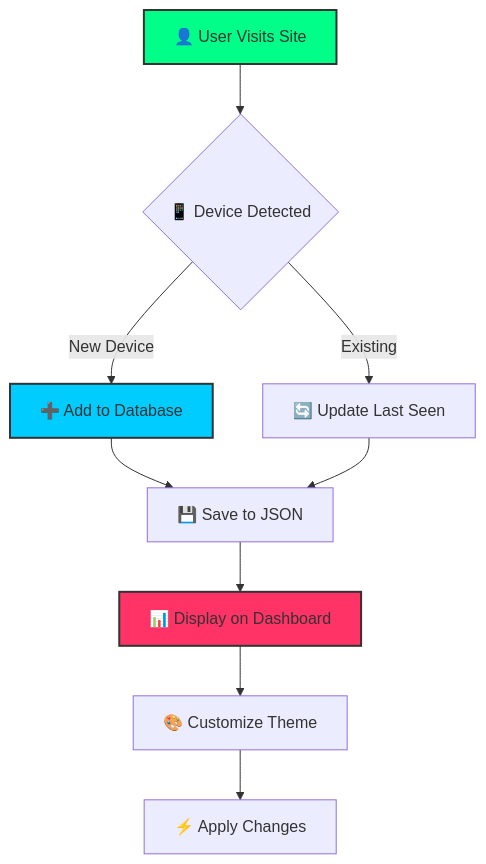
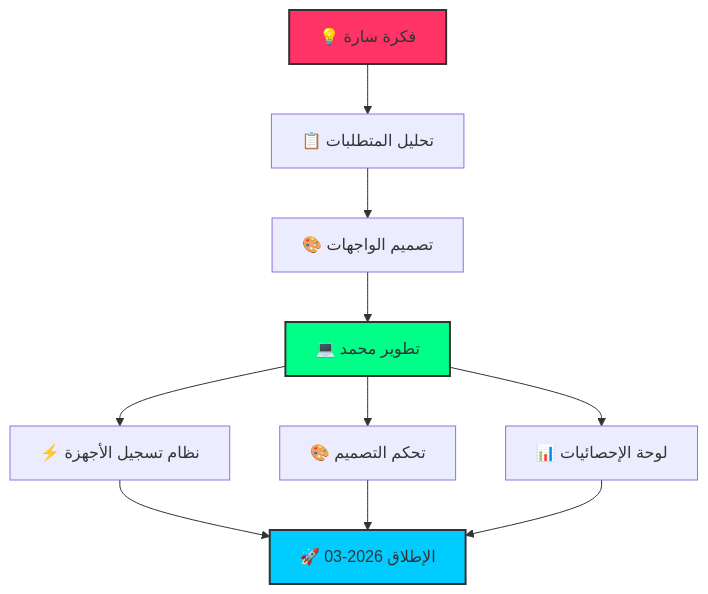
Before and after one commit to TechOrbit-Official/cyber-network-security: the second of 2 diagrams in README.md, drawn with Mermaid. The commit also changed other lines of this file, not shown here.

````diff
--- a/README.md
+++ b/README.md
@@ -52,14 +65,16 @@
 ```mermaid
 graph TD
-    A[👤 User Visits Site] --> B{📱 Device Detected}
-    B -->|New Device| C[➕ Add to Database]
-    B -->|Existing| D[🔄 Update Last Seen]
-    C --> E[💾 Save to JSON]
-    D --> E
-    E --> F[📊 Display on Dashboard]
-    F --> G[🎨 Customize Theme]
-    G --> H[⚡ Apply Changes]
-    style A fill:#00ff88,stroke:#333,stroke-width:2px
-    style C fill:#00ccff,stroke:#333,stroke-width:2px
-    style F fill:#ff3366,stroke:#333,stroke-width:2px
+    A[💡 فكرة سارة] --> B[📋 تحليل المتطلبات]
+    B --> C[🎨 تصميم الواجهات]
+    C --> D[💻 تطوير محمد]
+    D --> E[⚡ نظام تسجيل الأجهزة]
+    D --> F[🎨 تحكم التصميم]
+    D --> G[📊 لوحة الإحصائيات]
+    E --> H[🚀 الإطلاق 2026-03]
+    F --> H
+    G --> H
+    
+    style A fill:#ff3366,stroke:#333,stroke-width:2px
+    style D fill:#00ff88,stroke:#333,stroke-width:2px
+    style H fill:#00ccff,stroke:#333,stroke-width:2px
 ```
````
